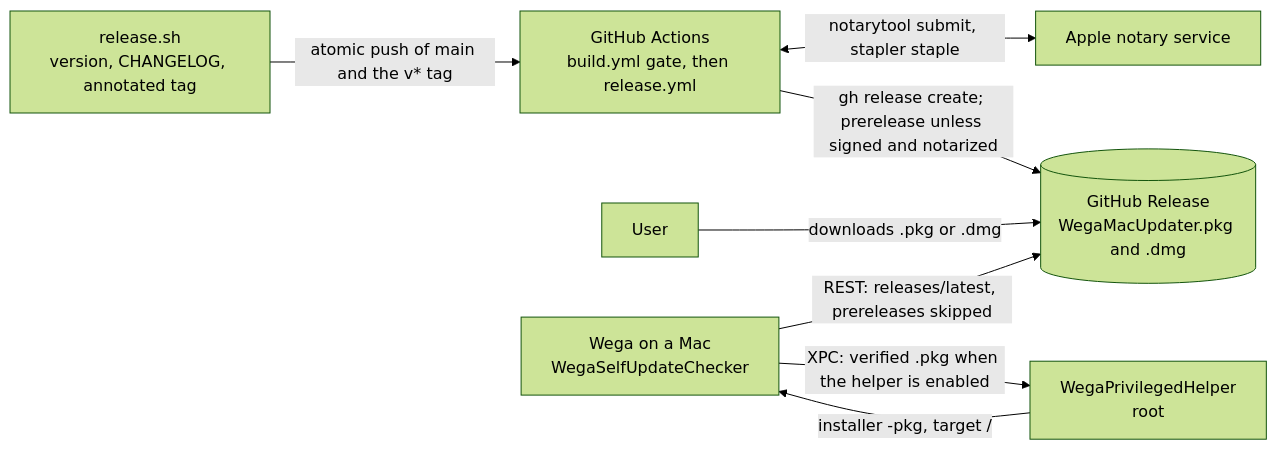
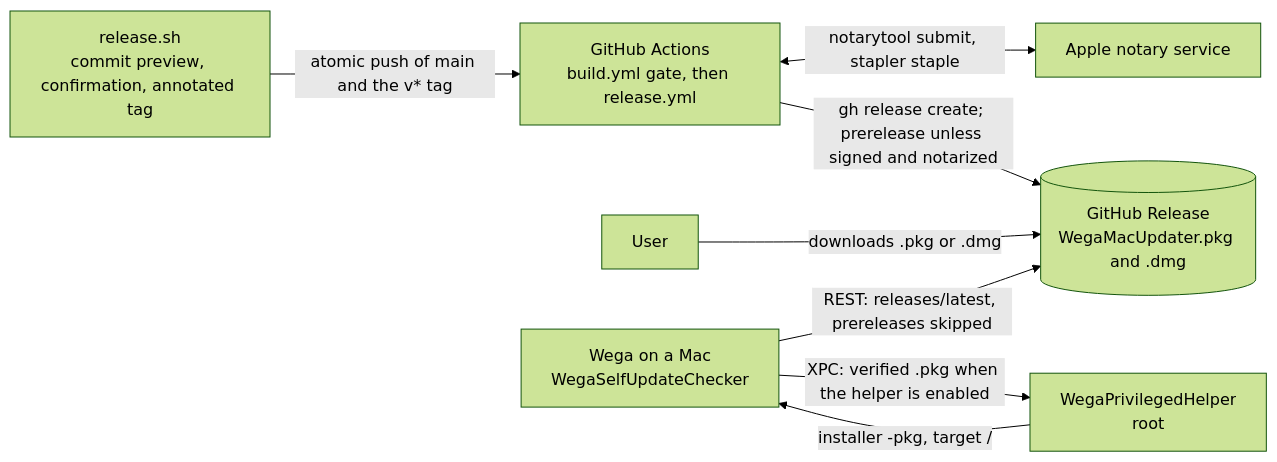
One commit to DominikSienkiewicz/WegaMacUpdater changed the sixth of 6 diagrams in README.md. Above: the diagram before and after it, drawn with Mermaid (forest theme). The commit also changed 4 other files, not shown here.

First line of the commit message:
feat(release): preview commits and confirm publication

````diff
--- a/README.md
+++ b/README.md
@@ -267,18 +267,18 @@
 ```mermaid
 flowchart LR
-    tag["release.sh<br/>version, CHANGELOG, annotated tag"]
+    tag["release.sh<br/>commit preview, confirmation, annotated tag"]
     ci["GitHub Actions<br/>build.yml gate, then release.yml"]
     notary["Apple notary service"]
     rel[("GitHub Release<br/>WegaMacUpdater.pkg and .dmg")]
     wega["Wega on a Mac<br/>WegaSelfUpdateChecker"]
     helper["WegaPrivilegedHelper<br/>root"]
     user["User"]
 
     tag -->|"atomic push of main and the v* tag"| ci
     ci <-->|"notarytool submit, stapler staple"| notary
     ci -->|"gh release create; prerelease unless signed and notarized"| rel
     user -->|"downloads .pkg or .dmg"| rel
     wega -->|"REST: releases/latest, prereleases skipped"| rel
     wega -->|"XPC: verified .pkg when the helper is enabled"| helper
     helper -->|"installer -pkg, target /"| wega
 ```
````
